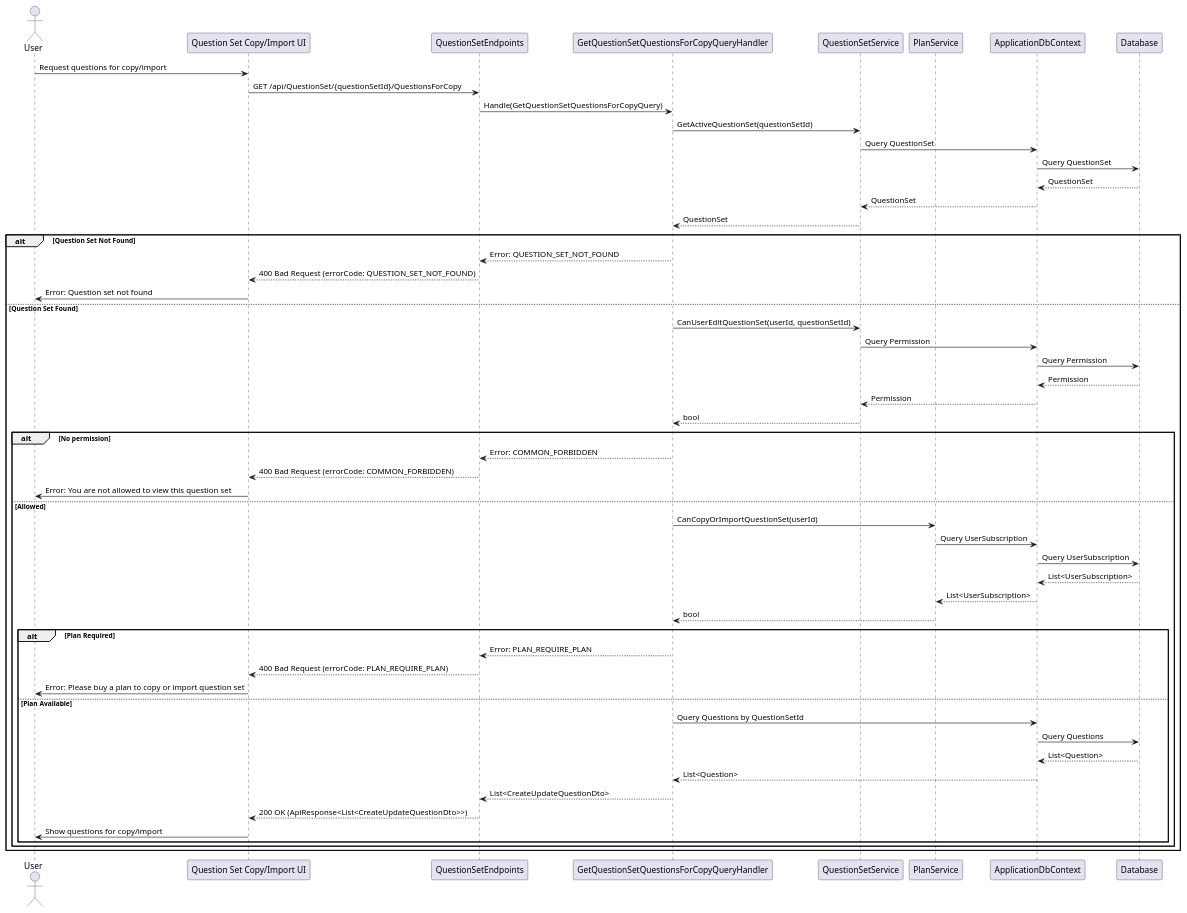
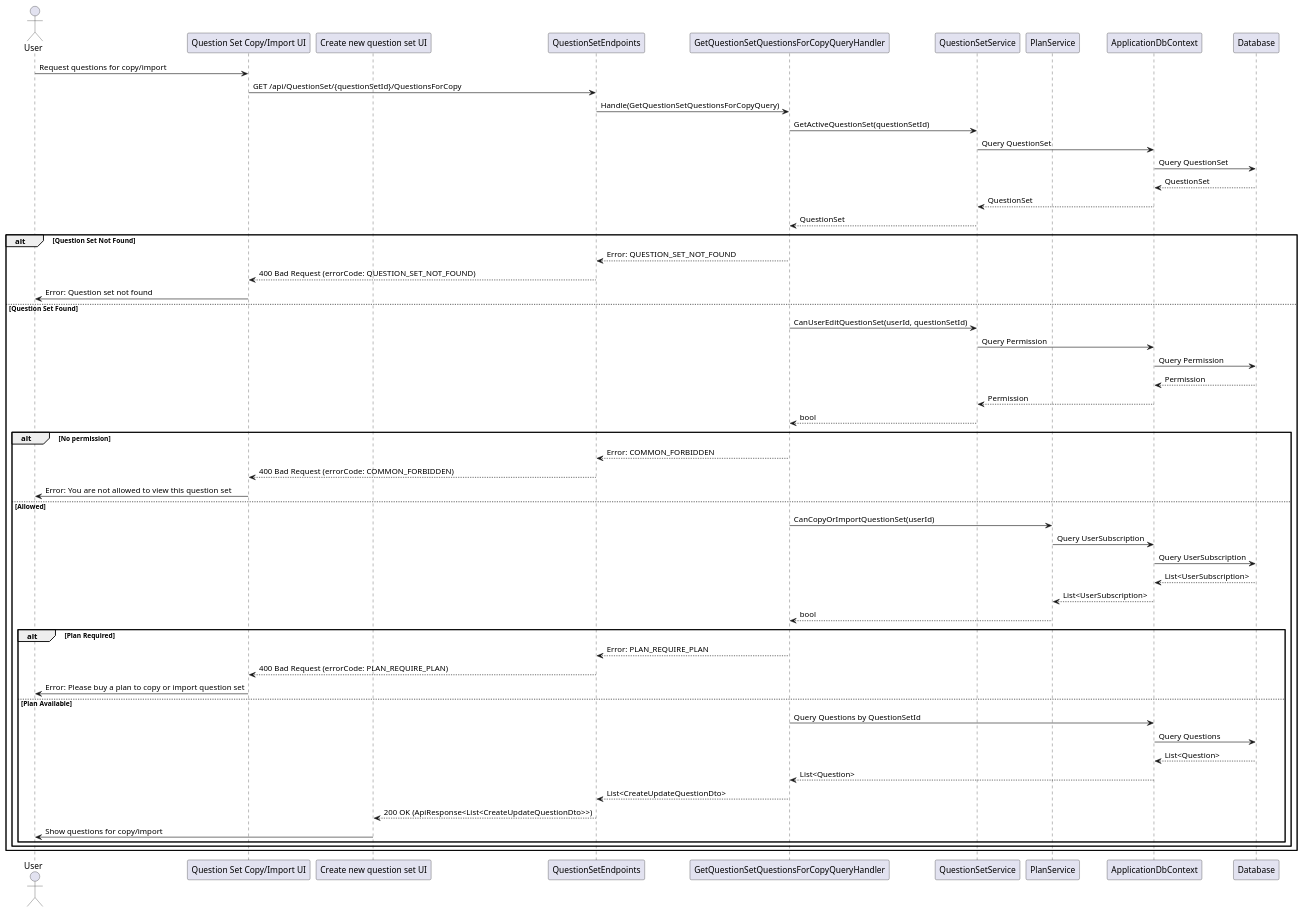
Before and after one commit to thanhkhac/SEP_Diagram: the diagram in QuestionSets/Sequence/GetQuestionsForCopyQuery.puml, drawn with PlantUML. The commit also changed 19 other files, not shown here.

Commit message:
Add QuestionSet service and query/command diagrams

```diff
--- a/QuestionSets/Sequence/GetQuestionsForCopyQuery.puml
+++ b/QuestionSets/Sequence/GetQuestionsForCopyQuery.puml
@@ -1,57 +1,59 @@
 @startuml
 actor User
 participant "Question Set Copy/Import UI" as UI
+participant "Create new question set UI" as CreateUI
+
 participant QuestionSetEndpoints
 participant GetQuestionSetQuestionsForCopyQueryHandler as Handler
 participant QuestionSetService
 participant PlanService
 participant ApplicationDbContext
 participant Database
 
 User -> UI : Request questions for copy/import
 UI -> QuestionSetEndpoints : GET /api/QuestionSet/{questionSetId}/QuestionsForCopy
 QuestionSetEndpoints -> Handler : Handle(GetQuestionSetQuestionsForCopyQuery)
 Handler -> QuestionSetService : GetActiveQuestionSet(questionSetId)
 QuestionSetService -> ApplicationDbContext : Query QuestionSet
 ApplicationDbContext -> Database : Query QuestionSet
 Database --> ApplicationDbContext : QuestionSet
 ApplicationDbContext --> QuestionSetService : QuestionSet
 QuestionSetService --> Handler : QuestionSet
 alt Question Set Not Found
     Handler --> QuestionSetEndpoints : Error: QUESTION_SET_NOT_FOUND
     QuestionSetEndpoints --> UI : 400 Bad Request (errorCode: QUESTION_SET_NOT_FOUND)
     UI -> User : Error: Question set not found
 else Question Set Found
     Handler -> QuestionSetService : CanUserEditQuestionSet(userId, questionSetId)
     QuestionSetService -> ApplicationDbContext : Query Permission
     ApplicationDbContext -> Database : Query Permission
     Database --> ApplicationDbContext : Permission
     ApplicationDbContext --> QuestionSetService : Permission
     QuestionSetService --> Handler : bool
     alt No permission
         Handler --> QuestionSetEndpoints : Error: COMMON_FORBIDDEN
         QuestionSetEndpoints --> UI : 400 Bad Request (errorCode: COMMON_FORBIDDEN)
         UI -> User : Error: You are not allowed to view this question set
     else Allowed
         Handler -> PlanService : CanCopyOrImportQuestionSet(userId)
         PlanService -> ApplicationDbContext : Query UserSubscription
         ApplicationDbContext -> Database : Query UserSubscription
         Database --> ApplicationDbContext : List<UserSubscription>
         ApplicationDbContext --> PlanService : List<UserSubscription>
         PlanService --> Handler : bool
         alt Plan Required
             Handler --> QuestionSetEndpoints : Error: PLAN_REQUIRE_PLAN
             QuestionSetEndpoints --> UI : 400 Bad Request (errorCode: PLAN_REQUIRE_PLAN)
             UI -> User : Error: Please buy a plan to copy or import question set
         else Plan Available
             Handler -> ApplicationDbContext : Query Questions by QuestionSetId
             ApplicationDbContext -> Database : Query Questions
             Database --> ApplicationDbContext : List<Question>
             ApplicationDbContext --> Handler : List<Question>
             Handler --> QuestionSetEndpoints : List<CreateUpdateQuestionDto>
-            QuestionSetEndpoints --> UI : 200 OK (ApiResponse<List<CreateUpdateQuestionDto>>)
-            UI -> User : Show questions for copy/import
+            QuestionSetEndpoints --> CreateUI : 200 OK (ApiResponse<List<CreateUpdateQuestionDto>>)
+            CreateUI -> User : Show questions for copy/import
         end
     end
 end
 @enduml
```
